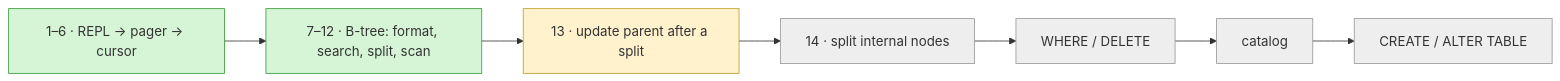
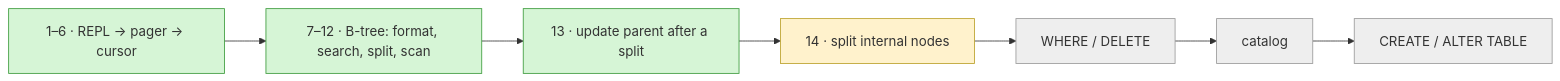
Diagram 18 of 18 in README.md (Rohitangshu2026/mini-sql), drawn with Mermaid before and after one commit. The commit also changed other lines of this file, not shown here.

````diff
--- a/README.md
+++ b/README.md
@@ -866,17 +945,17 @@
 ```mermaid
 flowchart LR
     A["1–6 · REPL → pager → cursor"] --> B["7–12 · B-tree: format, search, split, scan"]
     B --> C["13 · update parent after a split"]
     C --> D["14 · split internal nodes"]
     D --> E["WHERE / DELETE"]
     E --> F["catalog"]
     F --> G["CREATE / ALTER TABLE"]
 
     classDef done fill:#d6f5d6,stroke:#3a9a3a;
     classDef now fill:#fff2cc,stroke:#bba12a;
     classDef todo fill:#eeeeee,stroke:#999999;
 
-    class A,B done;
-    class C now;
-    class D,E,F,G todo;
+    class A,B,C done;
+    class D now;
+    class E,F,G todo;
 ```
````
